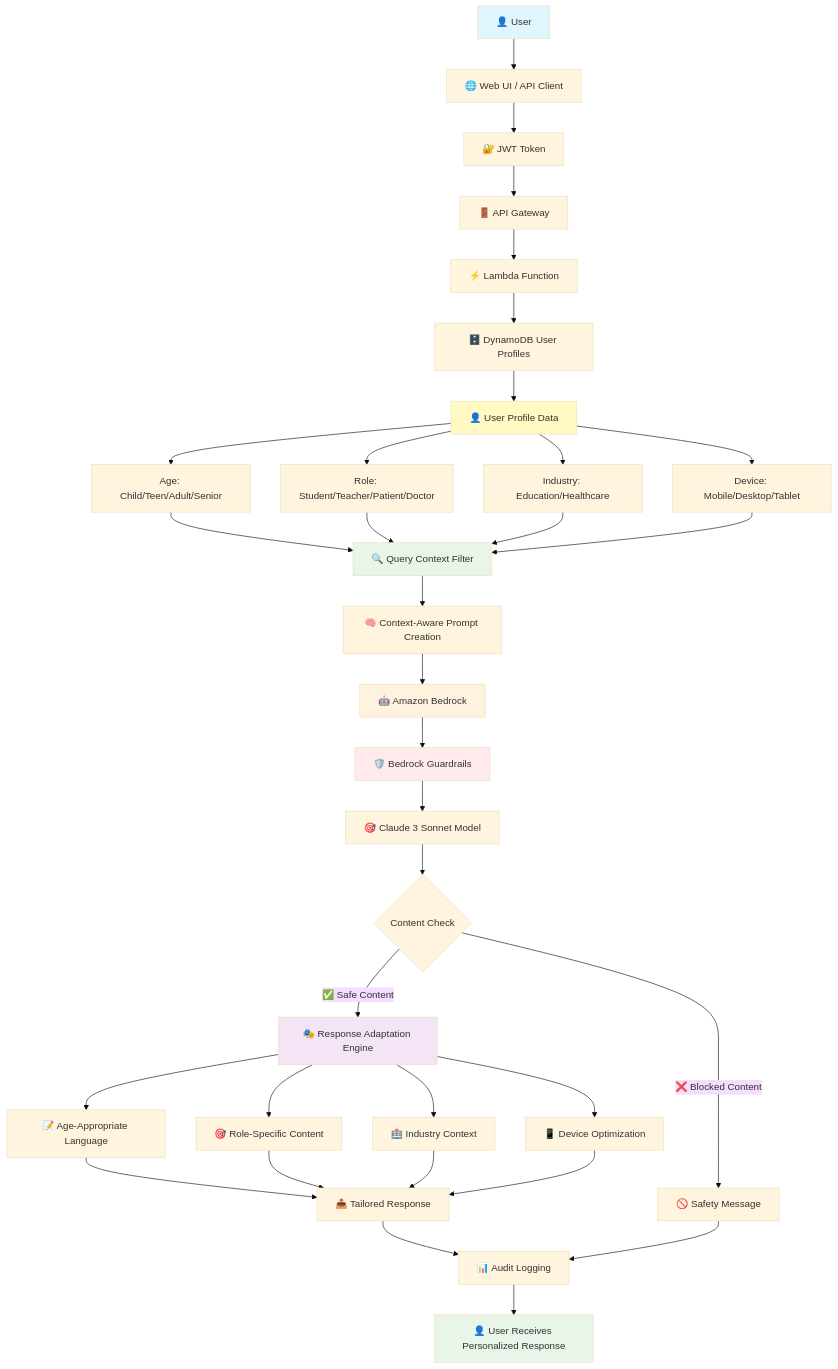
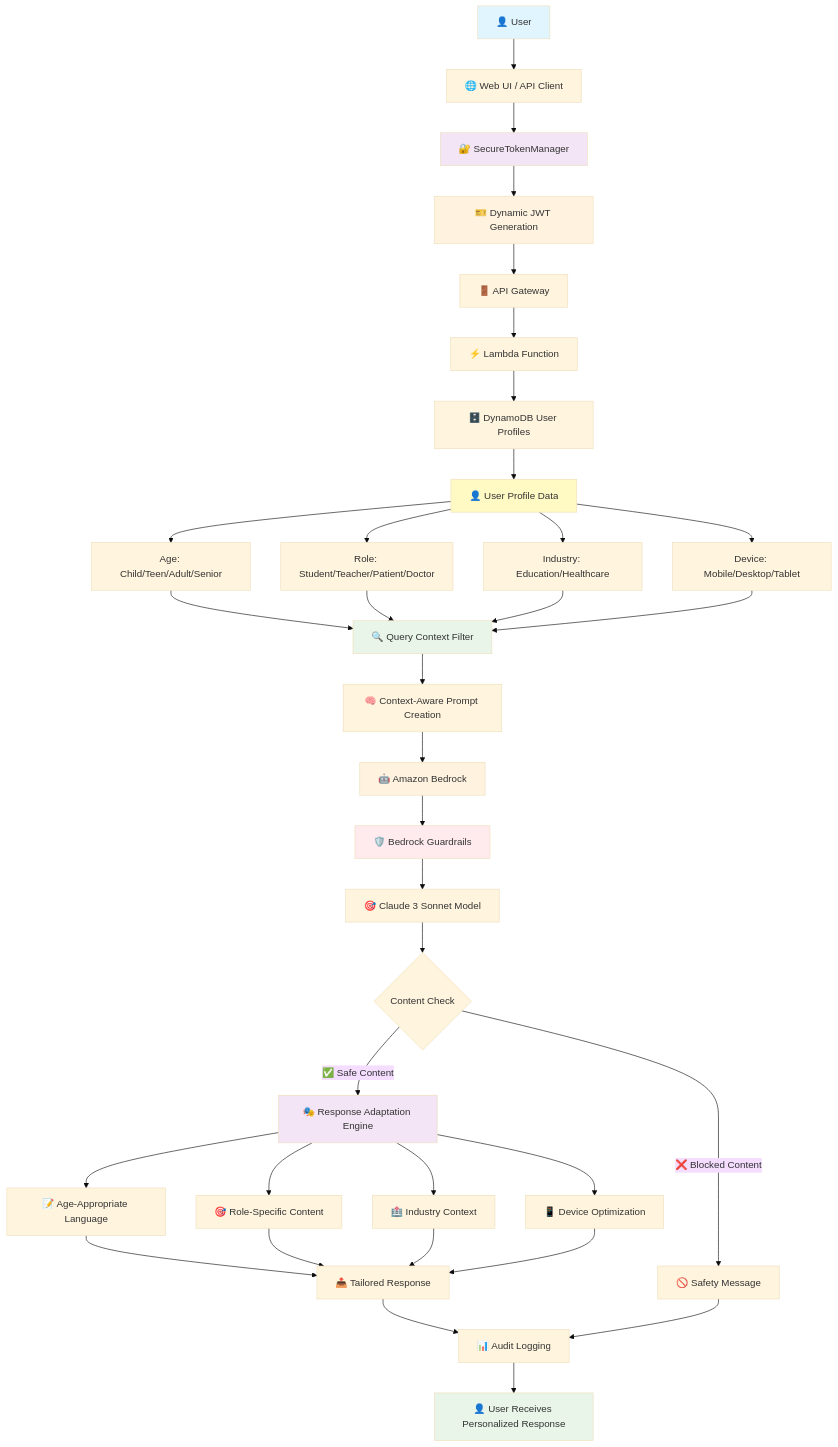
The first of 2 diagrams in README.md (aws-samples/sample-age-responsive-context-aware-ai-bedrock-guardrails), drawn with Mermaid (base theme) before and after one commit. The commit also changed other lines of this file and 28 other files, not shown here.

````diff
--- a/README.md
+++ b/README.md
@@ -102,49 +101,52 @@
 ```mermaid
 graph TD
     A[👤 User] --> B[🌐 Web UI / API Client]
-    B --> C[🔐 JWT Token]
-    C --> D[🚪 API Gateway]
-    D --> E[⚡ Lambda Function]
-    E --> F[🗄️ DynamoDB User Profiles]
-    F --> G[👤 User Profile Data]
-    G --> H[Age: Child/Teen/Adult/Senior]
-    G --> I[Role: Student/Teacher/Patient/Doctor]
-    G --> J[Industry: Education/Healthcare]
-    G --> K[Device: Mobile/Desktop/Tablet]
+    B --> C[🔐 SecureTokenManager]
+    C --> D[🎫 Dynamic JWT Generation]
+    D --> E[🚪 API Gateway]
+    E --> F[⚡ Lambda Function]
+    F --> G[🗄️ DynamoDB User Profiles]
+    G --> H[👤 User Profile Data]
+    H --> I[Age: Child/Teen/Adult/Senior]
+    H --> J[Role: Student/Teacher/Patient/Doctor]
+    H --> K[Industry: Education/Healthcare]
+    H --> L[Device: Mobile/Desktop/Tablet]
     
-    H --> L[🔍 Query Context Filter]
-    I --> L
-    J --> L
-    K --> L
+    I --> M[🔍 Query Context Filter]
+    J --> M
+    K --> M
+    L --> M
     
-    L --> M[🧠 Context-Aware Prompt Creation]
-    M --> N[🤖 Amazon Bedrock]
-    N --> O[🛡️ Bedrock Guardrails]
-    O --> P[🎯 Claude 3 Sonnet Model]
-    P --> Q{Content Check}
+    M --> N[🧠 Context-Aware Prompt Creation]
+    N --> O[🤖 Amazon Bedrock]
+    O --> P[🛡️ Bedrock Guardrails]
+    P --> Q[🎯 Claude 3 Sonnet Model]
+    Q --> R{Content Check}
     
-    Q -->|✅ Safe Content| R[🎭 Response Adaptation Engine]
-    Q -->|❌ Blocked Content| S[🚫 Safety Message]
+    R -->|✅ Safe Content| S[🎭 Response Adaptation Engine]
+    R -->|❌ Blocked Content| T[🚫 Safety Message]
     
-    R --> T[📝 Age-Appropriate Language]
-    R --> U[🎯 Role-Specific Content]
-    R --> V[🏥 Industry Context]
-    R --> W[📱 Device Optimization]
+    S --> U[📝 Age-Appropriate Language]
+    S --> V[🎯 Role-Specific Content]
+    S --> W[🏥 Industry Context]
+    S --> X[📱 Device Optimization]
     
-    T --> X[📤 Tailored Response]
-    U --> X
-    V --> X
-    W --> X
+    U --> Y[📤 Tailored Response]
+    V --> Y
+    W --> Y
+    X --> Y
     
-    X --> Y[📊 Audit Logging]
-    S --> Y
-    Y --> Z[👤 User Receives Personalized Response]
+    Y --> Z[📊 Audit Logging]
+    T --> Z
+    Z --> AA[👤 User Receives Personalized Response]
     
     style A fill:#e1f5fe
-    style G fill:#fff9c4
-    style L fill:#e8f5e8
-    style R fill:#f3e5f5
-    style N fill:#fff3e0
-    style O fill:#ffebee
-    style Z fill:#e8f5e8
+    style C fill:#f3e5f5
+    style D fill:#fff3e0
+    style H fill:#fff9c4
+    style M fill:#e8f5e8
+    style S fill:#f3e5f5
+    style O fill:#fff3e0
+    style P fill:#ffebee
+    style AA fill:#e8f5e8
 ```
````
